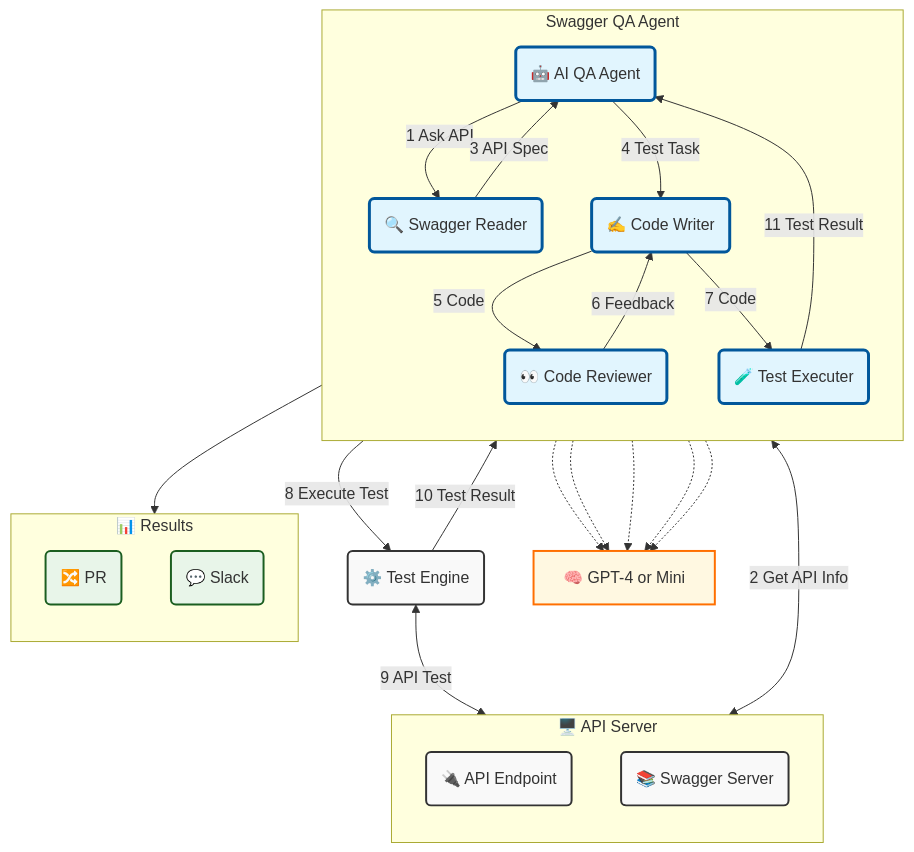
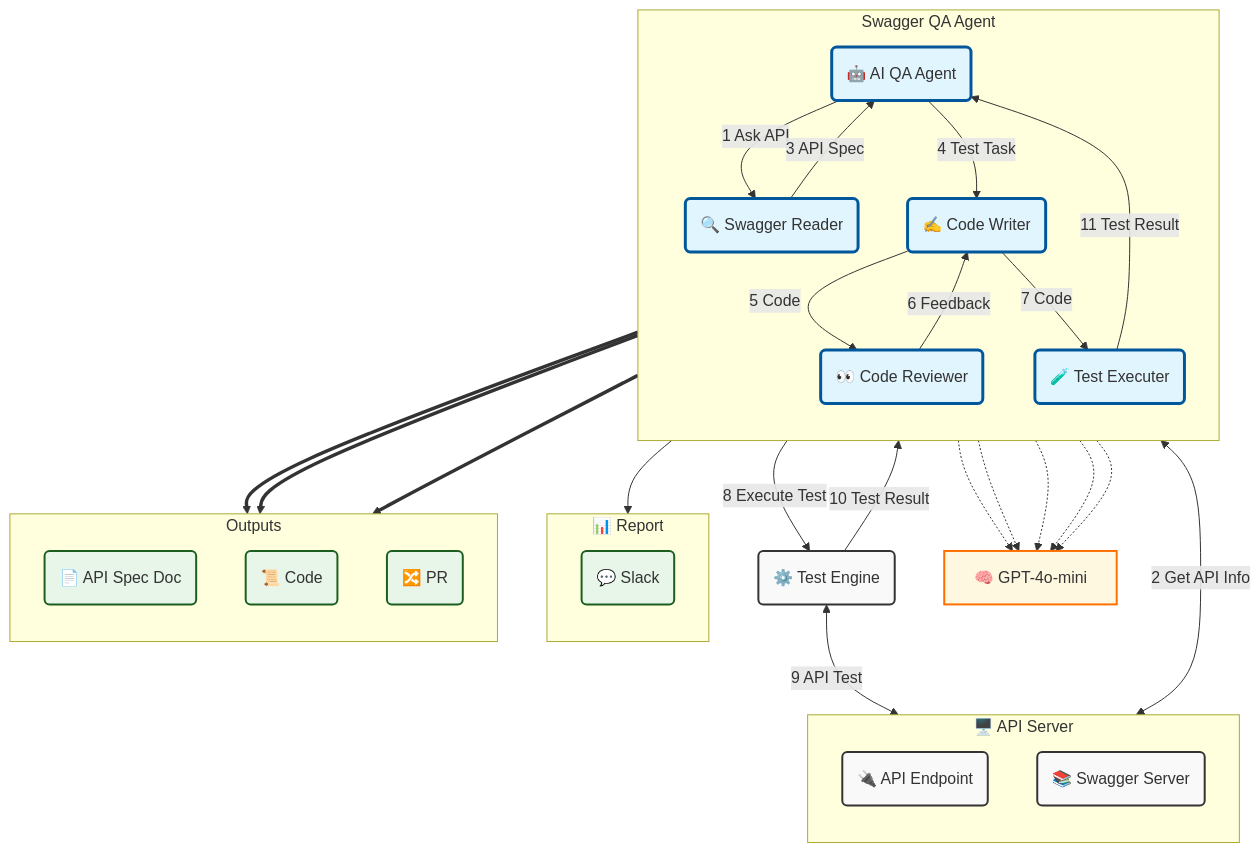
One commit to ningxia202109/qa-api-agent changed the first of 3 diagrams in README.md. Above: the diagram before and after it, drawn with Mermaid. The commit also changed other lines of this file and 12 other files, not shown here.

````diff
--- a/README.md
+++ b/README.md
@@ -9,61 +9,71 @@
 ```mermaid
 flowchart
     %% Define styles
     classDef default fill:#f9f9f9,stroke:#333,stroke-width:2px;
     classDef highlight fill:#e1f5fe,stroke:#01579b,stroke-width:3px;
     classDef llm fill:#fff8e1,stroke:#ff6f00,stroke-width:2px;
     classDef output fill:#e8f5e9,stroke:#1b5e20,stroke-width:2px;
 
     %% API-Server subgraph (left)
     subgraph API-Server["🖥️ API Server"]
         direction TB
         APIServer("🔌 API Endpoint")
         SwaggerServer("📚 Swagger Server")
     end
 
     %% Main Swagger-QA-Agent subgraph (middle)
     subgraph Swagger-QA-Agent["Swagger QA Agent"]
         direction TB
         QAAgent("🤖 AI QA Agent")
         SwaggerReader("🔍 Swagger Reader")
         CodeWriter("✍️ Code Writer")
         CoderReviewer("👀 Code Reviewer")
         TestExecuter("🧪 Test Executer")
 
         QAAgent -- "1 Ask API" --> SwaggerReader
         SwaggerReader -- "3 API Spec" --> QAAgent
         QAAgent -- "4 Test Task" --> CodeWriter
         CodeWriter -- "5 Code" --> CoderReviewer
         CoderReviewer -- "6 Feedback" --> CodeWriter
         CodeWriter -- "7 Code" --> TestExecuter
         TestExecuter -- "11 Test Result" --> QAAgent
     end
 
     %% Output subgraph (right)
-    subgraph output["📊 Results"]
+    subgraph report["📊 Report"]
         direction TB
+        slack("💬 Slack")
+    end
+
+    %% Output subgraph (right)
+    subgraph output["Outputs"]
+        direction TB
+        apiSpec("📄 API Spec Doc")
+        testScript("📜 Code")
         pr("🔀 PR")
-        slack("💬 Slack")
     end
 
     %% Other elements
     TestEngine("⚙️ Test Engine")
-    LLM["🧠 GPT-4 or Mini"]
+    LLM["🧠 GPT-4o-mini"]
 
     %% Cross-graph links
     SwaggerServer <--> |"2 Get API Info"| SwaggerReader
     TestExecuter --> |"8 Execute Test"| TestEngine
     TestEngine --> |"10 Test Result"| TestExecuter
     TestEngine <--> |"9 API Test"| APIServer
     QAAgent -.-> LLM
     CodeWriter -.-> LLM
     CoderReviewer -.-> LLM
     SwaggerReader -.-> LLM
     TestExecuter -.-> LLM
-    QAAgent --> output
+    QAAgent --> report
+    SwaggerReader ==> apiSpec
+    CodeWriter ==> testScript
+    CoderReviewer ==> pr
 
     %% Apply styles
     class SwaggerReader,QAAgent,CodeWriter,CoderReviewer,TestExecuter highlight;
     class LLM llm;
-    class pr,slack output;
+    class pr,slack,apiSpec,testScript output;
 ```
````
